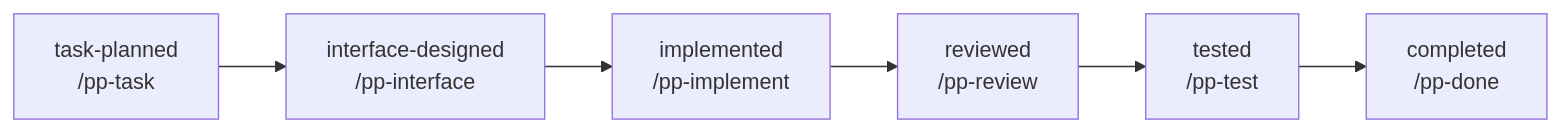
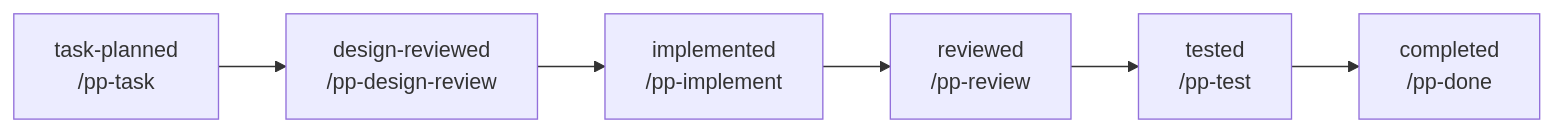
Before and after one commit to shacharf/projectskills: the diagram in README.md, drawn with Mermaid. The commit also changed other lines of this file and 27 other files, not shown here.

````diff
--- a/README.md
+++ b/README.md
@@ -34,8 +49,8 @@
 ```mermaid
 flowchart LR
-    A["task-planned<br/>/pp-task"] --> B["interface-designed<br/>/pp-interface"]
+    A["task-planned<br/>/pp-task"] --> B["design-reviewed<br/>/pp-design-review"]
     B --> C["implemented<br/>/pp-implement"]
     C --> D["reviewed<br/>/pp-review"]
     D --> E["tested<br/>/pp-test"]
     E --> F["completed<br/>/pp-done"]
 ```
````
